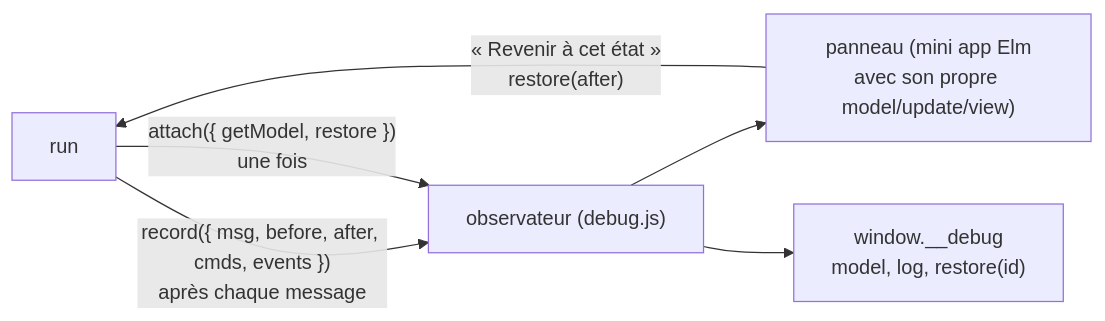
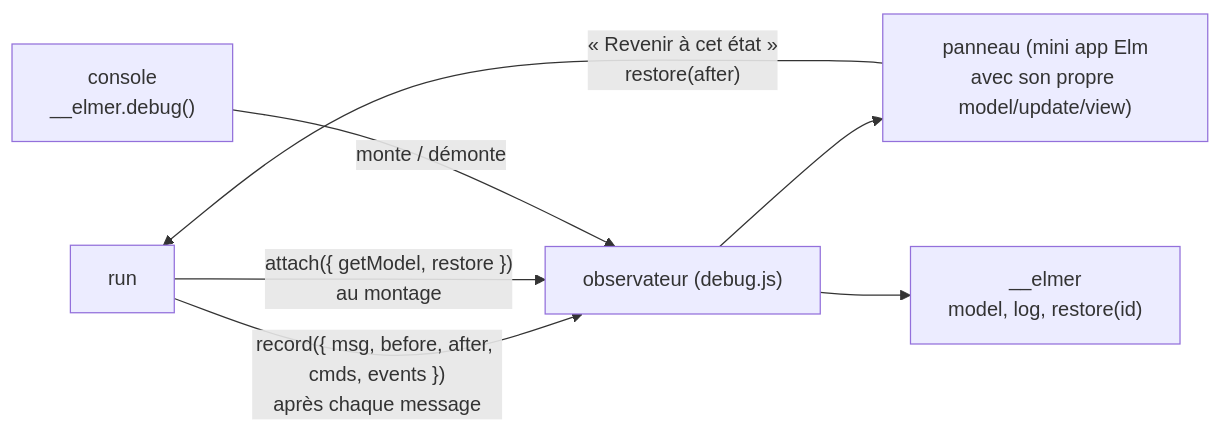
The fourth of 4 diagrams in framework/elmer/README.md (devsigner/aikido-trainer), drawn with Mermaid before and after one commit. The commit also changed other lines of this file and 4 other files, not shown here.

````diff
--- a/framework/elmer/README.md
+++ b/framework/elmer/README.md
@@ -113,8 +113,9 @@
 ```mermaid
 flowchart LR
     RUN["run"] -- "record({ msg, before, after, cmds, events })<br/>après chaque message" --> DBG["observateur (debug.js)"]
-    RUN -- "attach({ getModel, restore })<br/>une fois" --> DBG
+    RUN -- "attach({ getModel, restore })<br/>au montage" --> DBG
+    CON["console<br/>__elmer.debug()"] -- "monte / démonte" --> DBG
     DBG --> P["panneau (mini app Elm<br/>avec son propre model/update/view)"]
     P -- "« Revenir à cet état »<br/>restore(after)" --> RUN
-    DBG --> W["window.__debug<br/>model, log, restore(id)"]
+    DBG --> W["__elmer<br/>model, log, restore(id)"]
 ```
````
